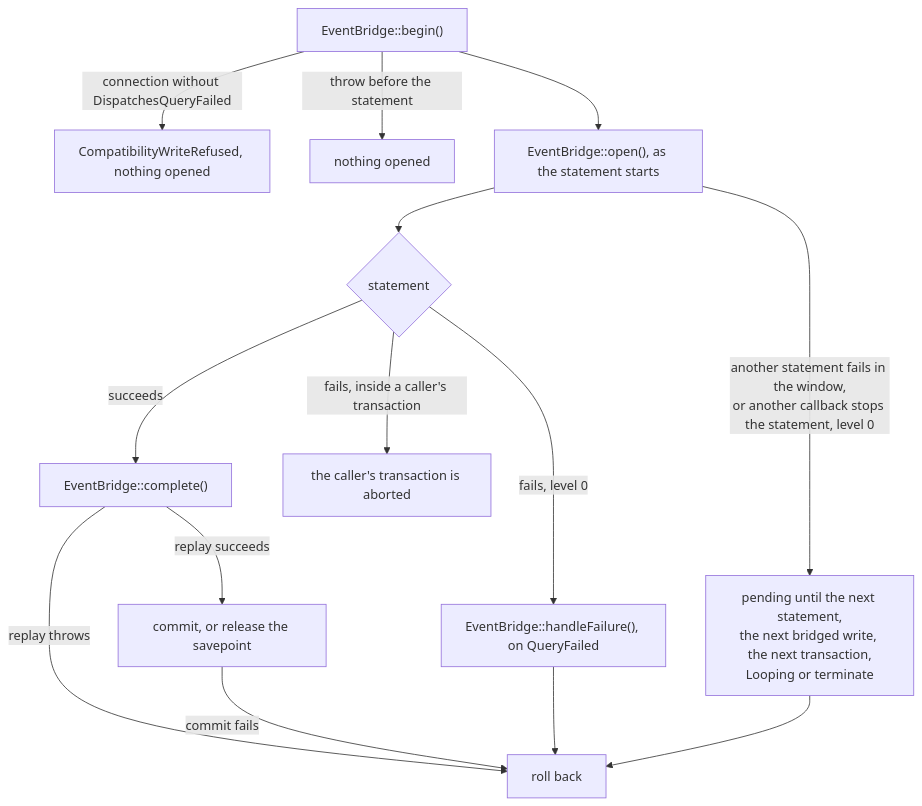
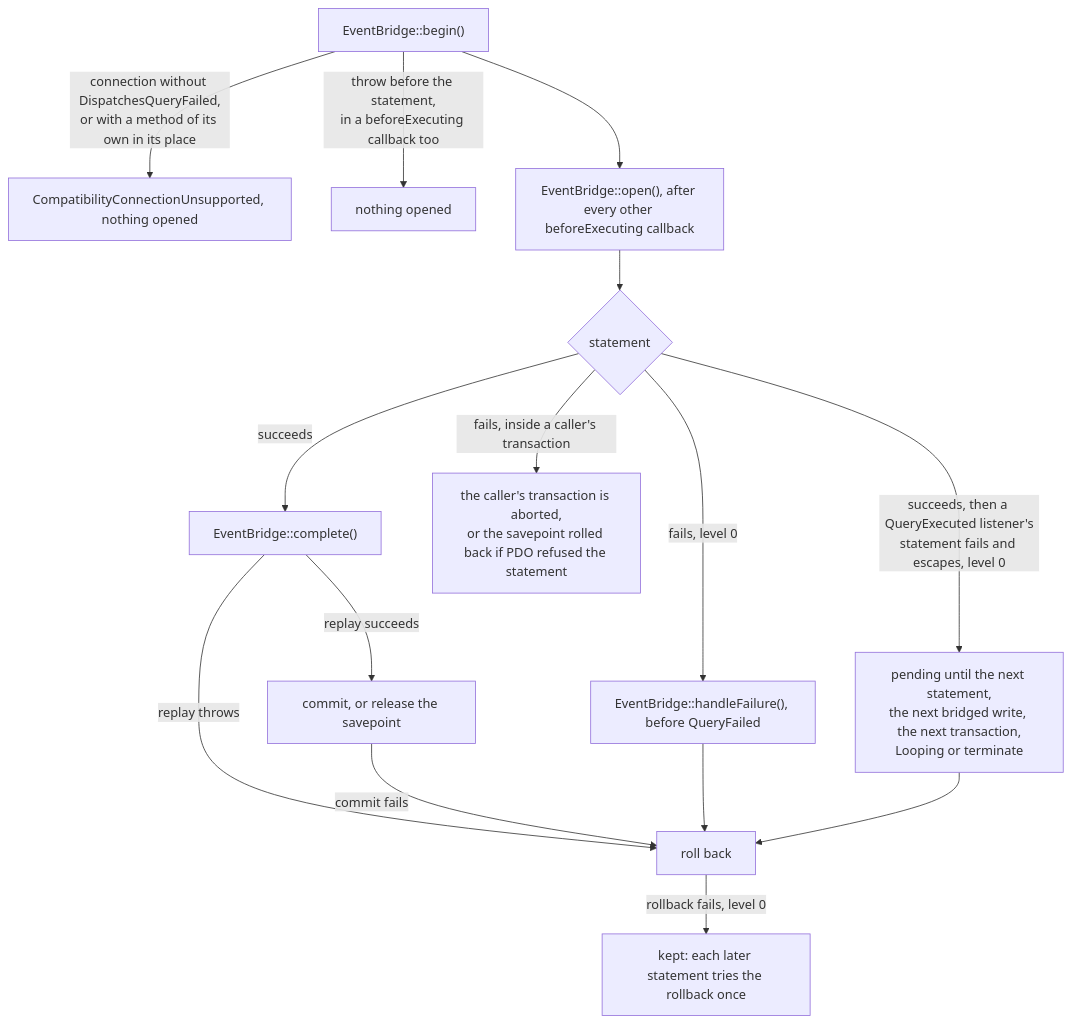
The diagram in docs/flows/failure-and-rollback.md (AryeoHQ/eloquent-compatibility), drawn with Mermaid before and after one commit. The commit also changed other lines of this file and 29 other files, not shown here.

````diff
--- a/docs/flows/failure-and-rollback.md
+++ b/docs/flows/failure-and-rollback.md
@@ -5,16 +5,17 @@
 ```mermaid
 flowchart TD
-  Begin["EventBridge::begin()"] -->|connection without DispatchesQueryFailed| Refused["CompatibilityWriteRefused, nothing opened"]
-  Begin -->|throw before the statement| Nothing["nothing opened"]
-  Begin --> Open["EventBridge::open(), as the statement starts"]
+  Begin["EventBridge::begin()"] -->|connection without DispatchesQueryFailed,<br/>or with a method of its own in its place| Refused["CompatibilityConnectionUnsupported, nothing opened"]
+  Begin -->|throw before the statement,<br/>in a beforeExecuting callback too| Nothing["nothing opened"]
+  Begin --> Open["EventBridge::open(), after every other beforeExecuting callback"]
   Open --> Statement{"statement"}
   Statement -->|succeeds| Complete["EventBridge::complete()"]
   Complete -->|replay succeeds| Commit["commit, or release the savepoint"]
   Complete -->|replay throws| Rollback["roll back"]
   Commit -->|commit fails| Rollback
-  Statement -->|fails, level 0| Failure["EventBridge::handleFailure(), on QueryFailed"]
+  Statement -->|fails, level 0| Failure["EventBridge::handleFailure(), before QueryFailed"]
   Failure --> Rollback
-  Open -->|another statement fails in the window,<br/>or another callback stops the statement, level 0| Pending["pending until the next statement,<br/>the next bridged write, the next transaction,<br/>Looping or terminate"]
+  Rollback -->|rollback fails, level 0| Kept["kept: each later statement tries the rollback once"]
+  Statement -->|succeeds, then a QueryExecuted listener's<br/>statement fails and escapes, level 0| Pending["pending until the next statement,<br/>the next bridged write, the next transaction,<br/>Looping or terminate"]
   Pending --> Rollback
-  Statement -->|fails, inside a caller's transaction| Caller["the caller's transaction is aborted"]
+  Statement -->|fails, inside a caller's transaction| Caller["the caller's transaction is aborted,<br/>or the savepoint rolled back if PDO refused the statement"]
 ```
````
